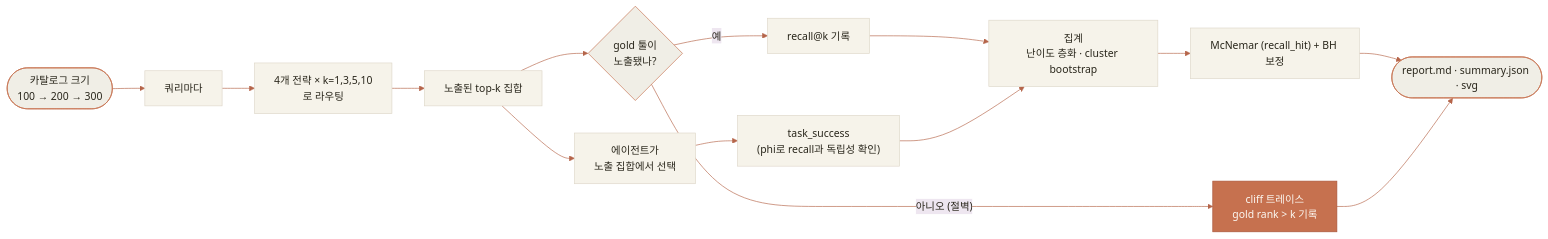
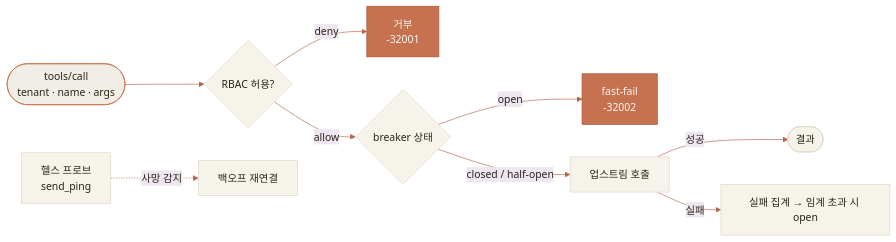
One commit to HongJungWan/mcp-router changed the second of 2 diagrams in README.md. Above: the diagram before and after it, drawn with Mermaid. The commit also changed other lines of this file and 1 other file, not shown here.

````diff
--- a/README.md
+++ b/README.md
@@ -120,22 +76,17 @@
 ```mermaid
 %%{init: {"theme":"base","themeVariables":{"fontFamily":"Pretendard, Segoe UI, sans-serif","primaryColor":"#F0EEE6","primaryTextColor":"#29261B","primaryBorderColor":"#C6714F","lineColor":"#B5654A"}}}%%
 flowchart LR
-    S(["카탈로그 크기<br/>100 → 200 → 300"]) --> Q["쿼리마다"]
-    Q --> R["4개 전략 × k=1,3,5,10<br/>로 라우팅"]
-    R --> E["노출된 top-k 집합"]
-    E --> RC{"gold 툴이<br/>노출됐나?"}
-    RC -->|"예"| REC["recall@k 기록"]
-    RC -->|"아니오 (절벽)"| TR["cliff 트레이스<br/>gold rank &gt; k 기록"]
-    E --> AG["에이전트가<br/>노출 집합에서 선택"]
-    AG --> TS["task_success<br/>(phi로 recall과 독립성 확인)"]
-    REC --> AGG["집계<br/>난이도 층화 · cluster bootstrap"]
-    TS --> AGG
-    AGG --> MC["McNemar (recall_hit) + BH 보정"]
-    MC --> RPT(["report.md · summary.json · svg"])
-    TR --> RPT
+    Q(["tools/call<br/>tenant · name · args"]) --> P{"RBAC 허용?"}
+    P -->|deny| D["거부<br/>-32001"]
+    P -->|allow| B{"breaker 상태"}
+    B -->|open| F["fast-fail<br/>-32002"]
+    B -->|closed / half-open| C["업스트림 호출"]
+    C -->|성공| OK(["결과"])
+    C -->|실패| T["실패 집계 → 임계 초과 시 open"]
+    H["헬스 프로브<br/>send_ping"] -.->|사망 감지| RC["백오프 재연결"]
 
     classDef n fill:#F6F3EA,stroke:#DED7C9,color:#29261B;
     classDef hot fill:#C6714F,stroke:#A8543A,color:#FCF9F3;
-    class Q,R,E,REC,AG,TS,AGG,MC n;
-    class TR hot;
+    class P,B,C,OK,T,H,RC n;
+    class D,F hot;
 ```
````
